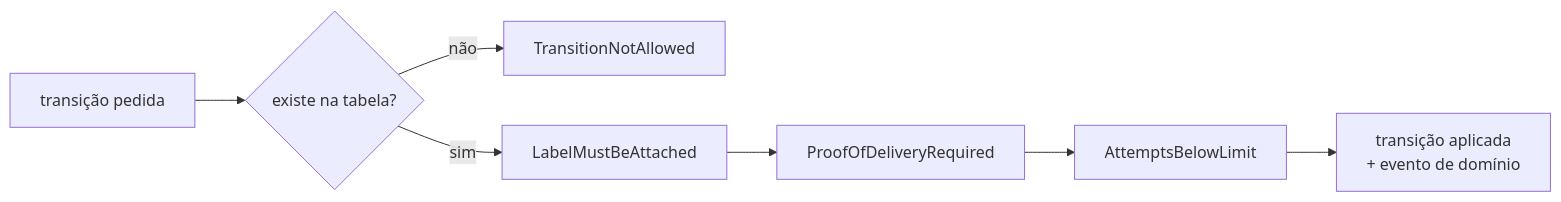
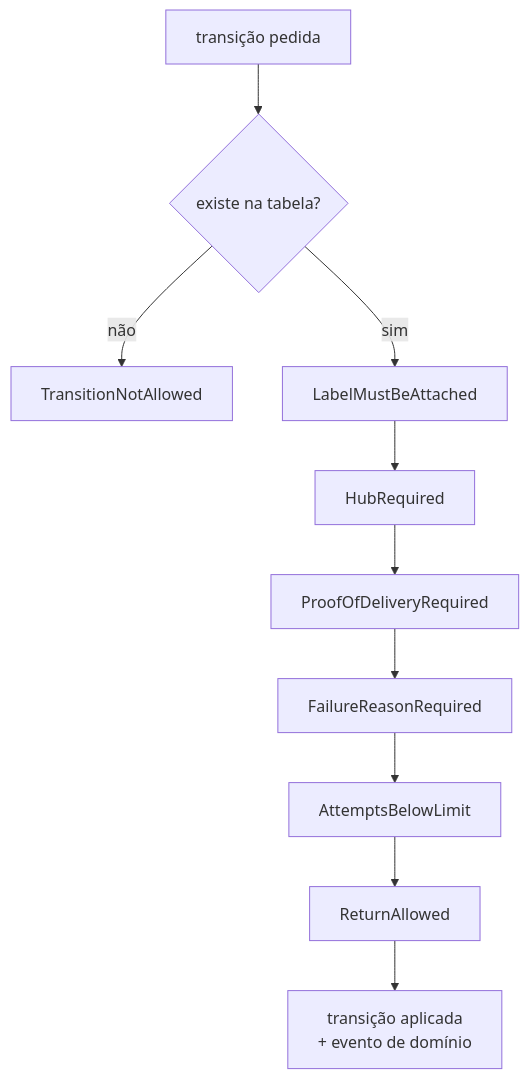
Before and after one commit to flaviotinococoutinho/Tucano_vibe_chaos: the fourth of 4 diagrams in docs/architecture/state-machines.md, drawn with Mermaid. The commit also changed other lines of this file and 11 other files, not shown here.

````diff
--- a/docs/architecture/state-machines.md
+++ b/docs/architecture/state-machines.md
@@ -110,6 +110,8 @@
 ```mermaid
-flowchart LR
+flowchart TB
   request["transição pedida"] --> table{"existe na tabela?"}
   table -- não --> denied["TransitionNotAllowed"]
-  table -- sim --> label["LabelMustBeAttached"] --> proof["ProofOfDeliveryRequired"] --> attempts["AttemptsBelowLimit"] --> applied["transição aplicada<br/>+ evento de domínio"]
+  table -- sim --> label["LabelMustBeAttached"] --> hub["HubRequired"] --> proof["ProofOfDeliveryRequired"]
+  proof --> reason["FailureReasonRequired"] --> attempts["AttemptsBelowLimit"] --> back["ReturnAllowed"]
+  back --> applied["transição aplicada<br/>+ evento de domínio"]
 ```
````
